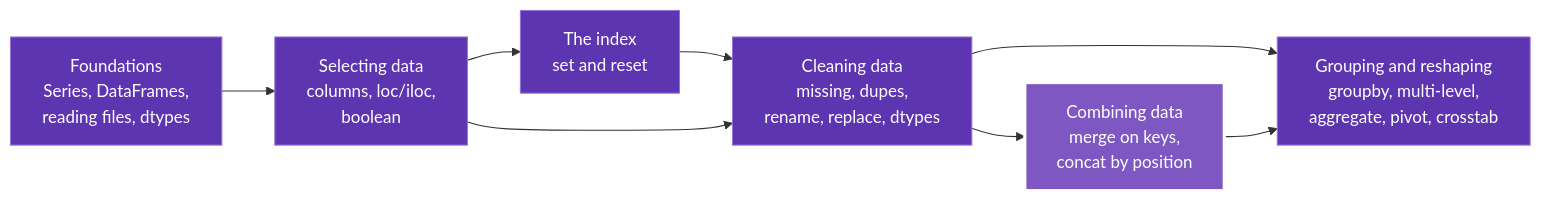
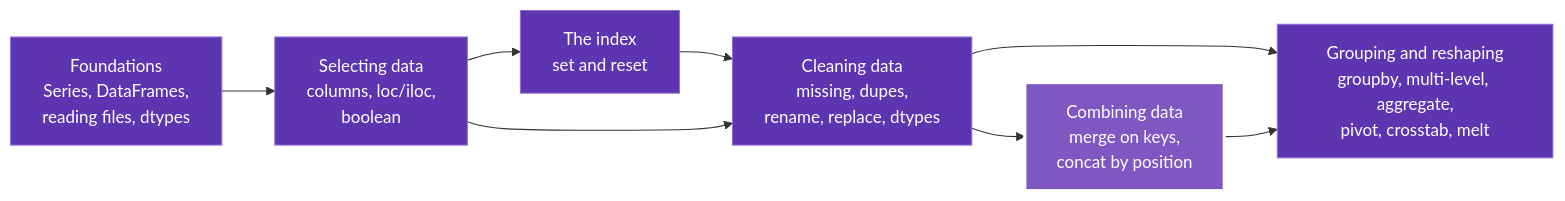
Before and after one commit to karywnl/pandas: the diagram in docs/index.md, drawn with Mermaid. The commit also changed other lines of this file and 11 other files, not shown here.

````diff
--- a/docs/index.md
+++ b/docs/index.md
@@ -16,16 +16,16 @@
 ```mermaid
 flowchart LR
     F["Foundations<br/>Series, DataFrames,<br/>reading files, dtypes"] --> SEL["Selecting data<br/>columns, loc/iloc,<br/>boolean"]
     SEL --> IDX["The index<br/>set and reset"]
     IDX --> CLEAN["Cleaning data<br/>missing, dupes,<br/>rename, replace, dtypes"]
-    CLEAN --> GRP["Grouping and reshaping<br/>groupby, multi-level,<br/>aggregate, pivot, crosstab"]
+    CLEAN --> GRP["Grouping and reshaping<br/>groupby, multi-level, aggregate,<br/>pivot, crosstab, melt"]
     SEL --> CLEAN
     CLEAN --> COMB["Combining data<br/>merge on keys,<br/>concat by position"]
     COMB --> GRP
     style F fill:#5e35b1,color:#fff
     style SEL fill:#5e35b1,color:#fff
     style IDX fill:#5e35b1,color:#fff
     style CLEAN fill:#5e35b1,color:#fff
     style GRP fill:#5e35b1,color:#fff
     style COMB fill:#7e57c2,color:#fff,stroke:#fff,stroke-width:3px
 ```
````
